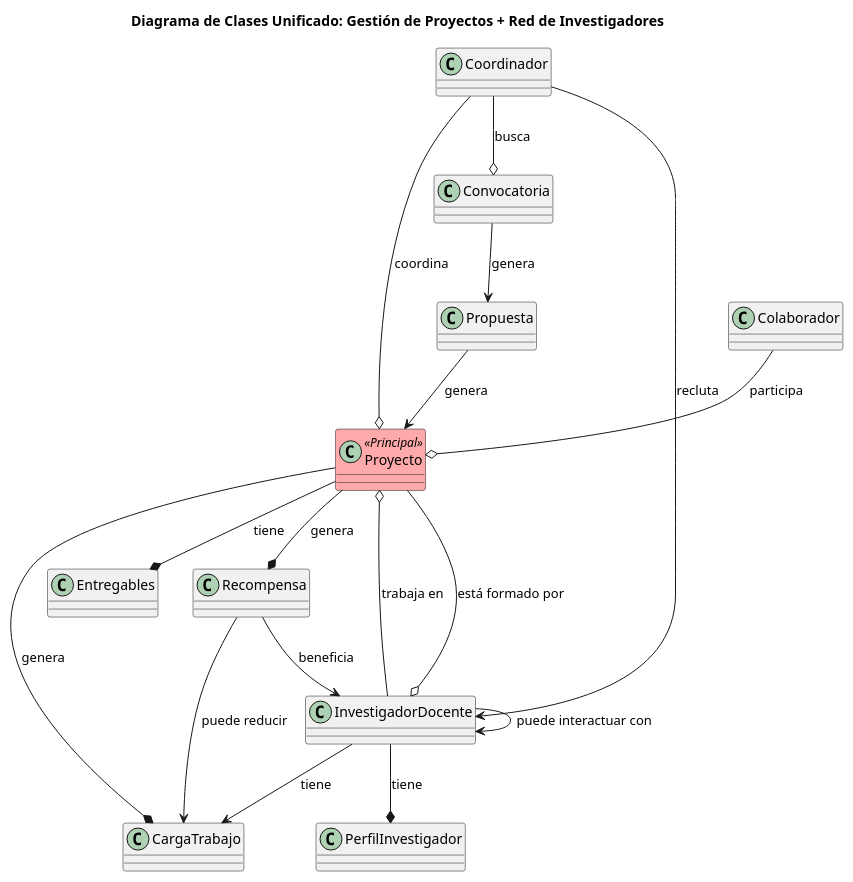
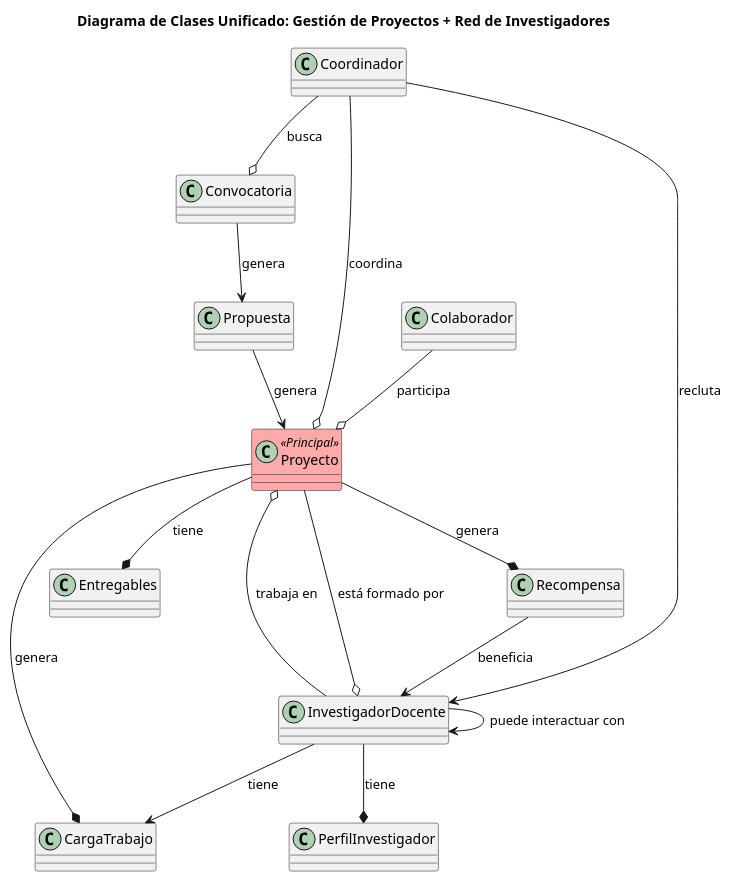
Before and after one commit to 31Diego/25-26-IdSw1-SdR: the diagram in documentación/ModeloDelDominio/Diagramas/Clases/DiagramaClasesProyectoRed.puml, drawn with PlantUML. The commit also changed 5 other files, not shown here.

Commit message:
ajuste de relación entre entidades del diagrama de clases de la gestion de proyectos + creacion de diagrama de objetos que implementa la gestion de proyectos

```diff
--- a/documentación/ModeloDelDominio/Diagramas/Clases/DiagramaClasesProyectoRed.puml
+++ b/documentación/ModeloDelDominio/Diagramas/Clases/DiagramaClasesProyectoRed.puml
@@ -1,73 +1,73 @@
 @startuml SDiagramaClases
 
 title "Diagrama de Clases Unificado: Gestión de Proyectos + Red de Investigadores"
 
 
 
 class Proyecto <<Principal>> #FFAAAA {
 
 }
 
 class Convocatoria {
 }
 
 class Propuesta {
 }
 
 class InvestigadorDocente {
 
 }
 
 class Coordinador {
 }
 
 class Colaborador {
 }
 
 class CargaTrabajo {
 
 }
 
 class Entregables {
 }
 
 class Recompensa {
 }
 
 class PerfilInvestigador {
 }
 
 
 
 Convocatoria --> Propuesta : genera
 Propuesta --> Proyecto : genera
 
 Proyecto --o InvestigadorDocente : "está formado por"
 Proyecto --* Entregables : tiene
 Proyecto --* CargaTrabajo : genera
 Proyecto --* Recompensa : genera
 
 Coordinador --o Proyecto : coordina
 Coordinador --o Convocatoria : busca
 
 Colaborador --o Proyecto : participa
 
 InvestigadorDocente --> CargaTrabajo : tiene
 InvestigadorDocente --o Proyecto : trabaja en
 
 Recompensa --> InvestigadorDocente : beneficia
-Recompensa --> CargaTrabajo : puede reducir
+
 
 
 
 
 
 InvestigadorDocente --* PerfilInvestigador : tiene
 InvestigadorDocente --> InvestigadorDocente : puede interactuar con
 
 
 
 Coordinador --> InvestigadorDocente : recluta
 
 
 @enduml
```
